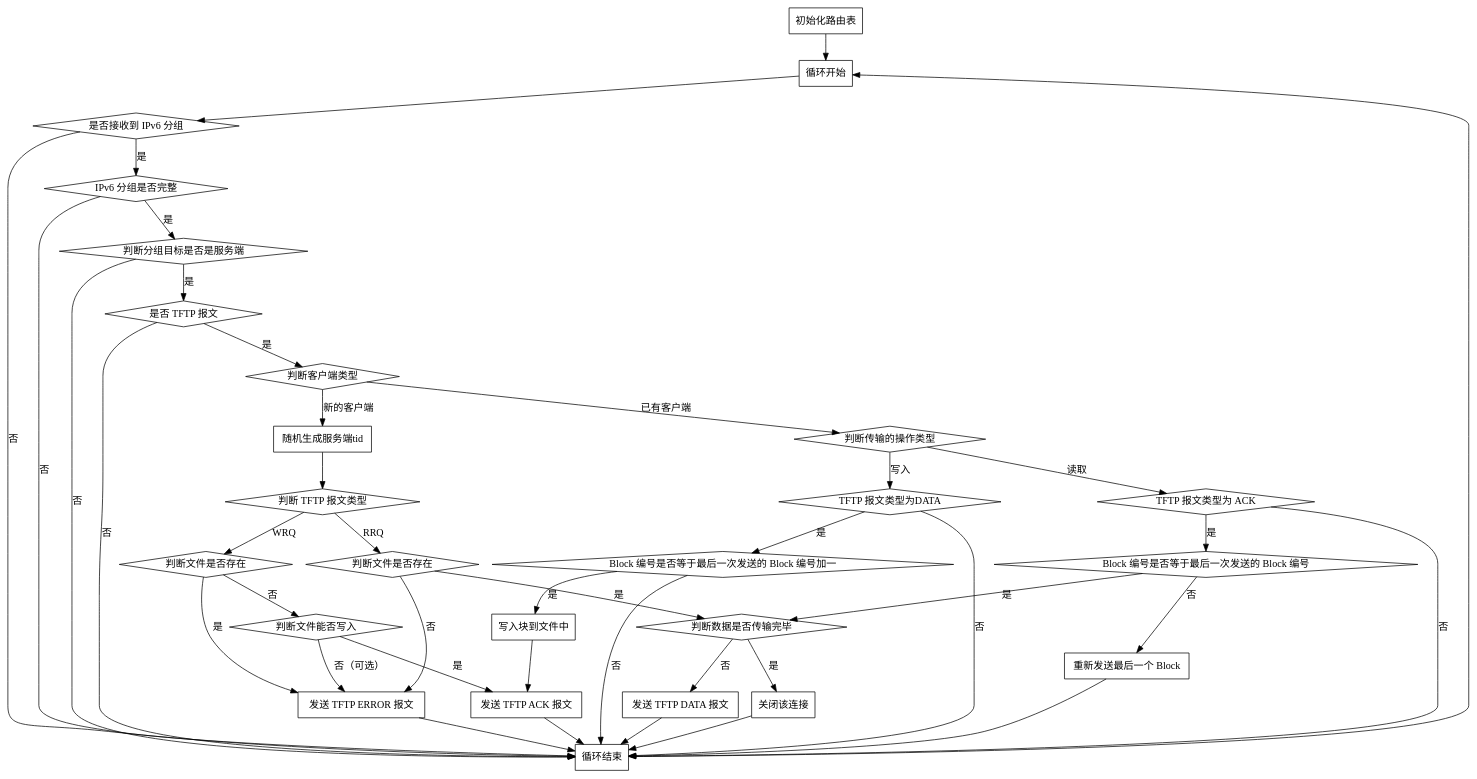
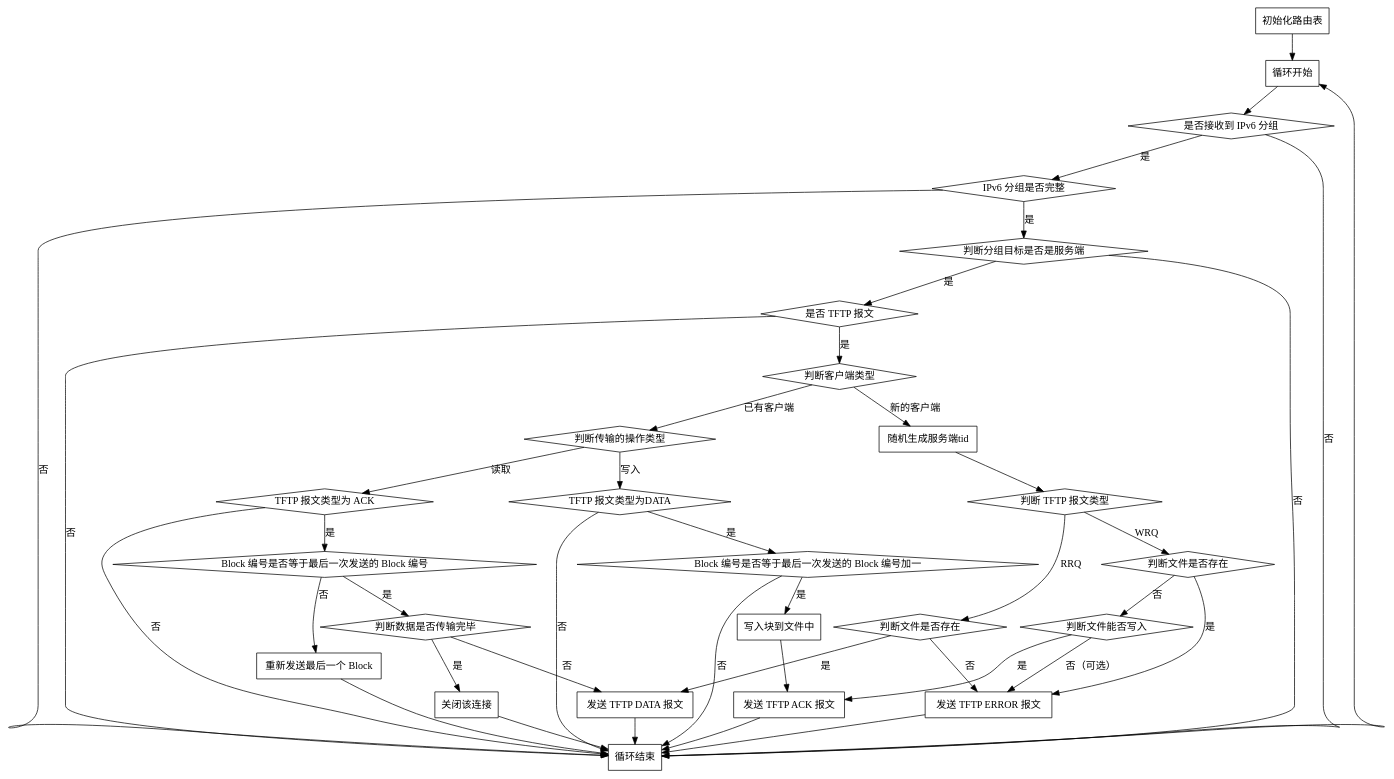
The diagram in docs/software/second_stage/img/flow_tftp_server.dot (thu-cs-lab/Router-Lab-Docs), drawn with Graphviz before and after one commit. The commit also changed 2 other files, not shown here.

Commit message:
More detailed tftp server flow chart

```diff
--- a/docs/software/second_stage/img/flow_tftp_server.dot
+++ b/docs/software/second_stage/img/flow_tftp_server.dot
@@ -1,170 +1,170 @@
 digraph G {
     
     init [
         label = "初始化路由表",
         shape = rect
     ];
     
     loop [
         label = "循环开始",
         shape = rect
     ];
     
     init -> loop;
     
     loop -> recv;
     
     recv [
         label = "是否接收到 IPv6 分组",
         shape = diamond
     ];
     recv -> loop_end [label = "否"];
     recv -> check [label = "是"];
     
     check [
         label = "IPv6 分组是否完整",
         shape = diamond
     ];
     check -> loop_end [label = "否"];
     check -> type [label = "是"];
     
     type [
         label = "判断分组目标是否是服务端",
         shape = diamond
     ];
     type -> check_TFTP [label = "是"];
     type -> loop_end [label = "否"];
 
     check_TFTP [
         label = "是否 TFTP 报文",
         shape = diamond
     ];
     check_TFTP -> check_TFTP_Host[label = "是"];
     check_TFTP -> loop_end[label = "否"];
     
     check_TFTP_Host [
         label = "判断客户端类型",
         shape = diamond
     ];
     check_TFTP_Host -> gen_server_tid[label = "新的客户端"];
     check_TFTP_Host -> transmission_type[label = "已有客户端"];
 
     gen_server_tid [
         label = "随机生成服务端tid";
         shape = rect
     ];
     gen_server_tid -> TFTP_type;
 
     TFTP_type [
         label = "判断 TFTP 报文类型",
         shape = diamond
     ];
     TFTP_type -> recv_TFTP_RRQ[label = "RRQ"];
     TFTP_type -> recv_TFTP_WRQ[label = "WRQ"];
 
     recv_TFTP_RRQ [
         label = "判断文件是否存在",
         shape = diamond
     ]
-    recv_TFTP_RRQ -> DATA_transmission_state [label = "是"];
+    recv_TFTP_RRQ -> reply_TFTP_DATA [label = "是"];
     recv_TFTP_RRQ -> reply_TFTP_ERROR [label = "否"];
 
     recv_TFTP_WRQ [
         label = "判断文件是否存在",
         shape = diamond
     ]
     recv_TFTP_WRQ -> reply_TFTP_ERROR [label = "是"];
     recv_TFTP_WRQ -> write_permission [label = "否"];
     
     write_permission [
         label = "判断文件能否写入",
         shape = diamond
     ]
     write_permission -> reply_TFTP_ACK [label = "是"];
     write_permission -> reply_TFTP_ERROR [label = "否（可选）"];
 
     reply_TFTP_ACK [
         label = "发送 TFTP ACK 报文";
         shape = rect
     ];
     reply_TFTP_ACK -> loop_end;
 
     reply_TFTP_DATA [
         label = "发送 TFTP DATA 报文";
         shape = rect
     ];
     
     DATA_transmission_state [
         label = "判断数据是否传输完毕"
         shape = diamond
     ];
     DATA_transmission_state -> close_connect [label = "是"];
     DATA_transmission_state -> reply_TFTP_DATA[label = "否"];
     reply_TFTP_DATA -> loop_end;
 
     close_connect [
         label = "关闭该连接"
         shape = rect
     ];
     close_connect -> loop_end;
 
     transmission_type [
         label = "判断传输的操作类型"
         shape = diamond
     ]
     transmission_type -> if_ACK [label = "读取"];
     transmission_type -> if_DATA [label = "写入"];
 
     if_ACK [
         label = "TFTP 报文类型为 ACK"
         shape = diamond
     ];
     if_ACK -> check_block_number [label = "是"];
     if_ACK -> loop_end [label = "否"];
 
     check_block_number [
         label = "Block 编号是否等于最后一次发送的 Block 编号"
         shape = diamond
     ];
     check_block_number -> retrans_last_block [label = "否"];
     check_block_number -> DATA_transmission_state [label = "是"];
 
     retrans_last_block [
         label = "重新发送最后一个 Block"
         shape = rect
     ];
     retrans_last_block -> loop_end;
 
     if_DATA [
         label = "TFTP 报文类型为DATA"
         shape = diamond
     ];
     if_DATA -> check_block_number_1 [label = "是"];
     if_DATA -> loop_end [label = "否"];
     
     check_block_number_1 [
         label = "Block 编号是否等于最后一次发送的 Block 编号加一"
         shape = diamond
     ];
     check_block_number_1 -> write_to_file [label = "是"];
     check_block_number_1 -> loop_end [label = "否"];
 
     write_to_file [
         label = "写入块到文件中"
         shape = rect
     ];
     write_to_file -> reply_TFTP_ACK;
 
     reply_TFTP_ERROR [
         label = "发送 TFTP ERROR 报文";
         shape = rect
     ];
     reply_TFTP_ERROR -> loop_end;
     
     loop_end [
         label = "循环结束",
         shape = rect
     ];
     
     loop_end -> loop;
 }
```
